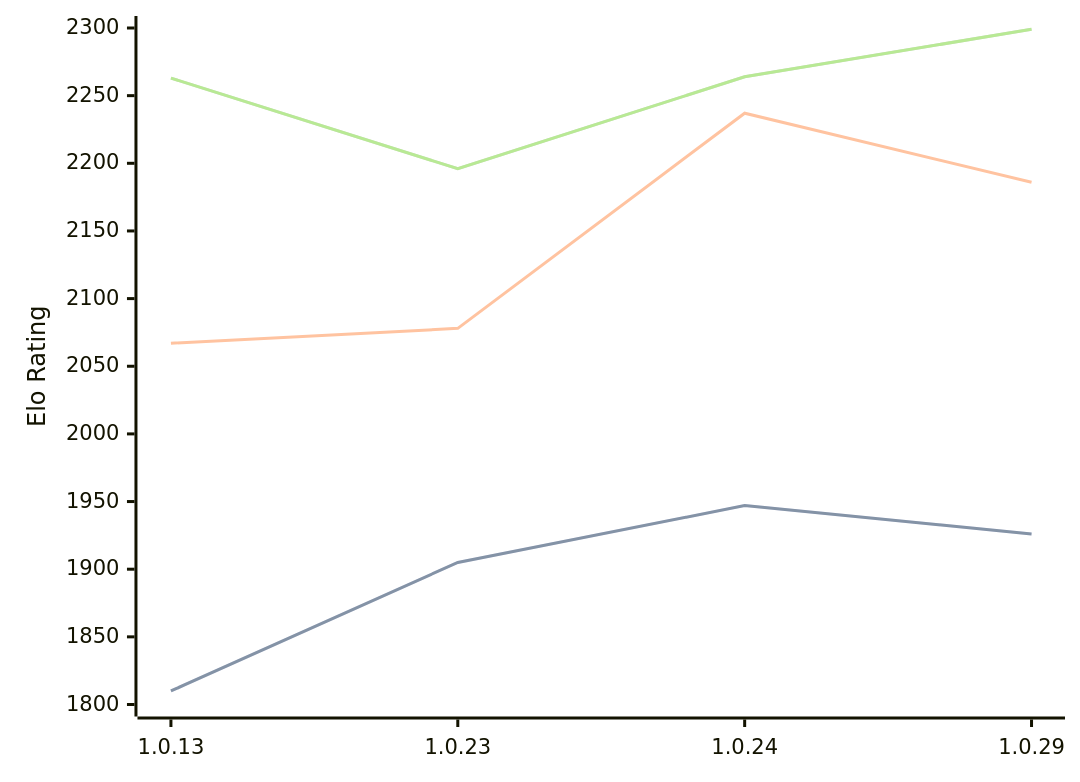
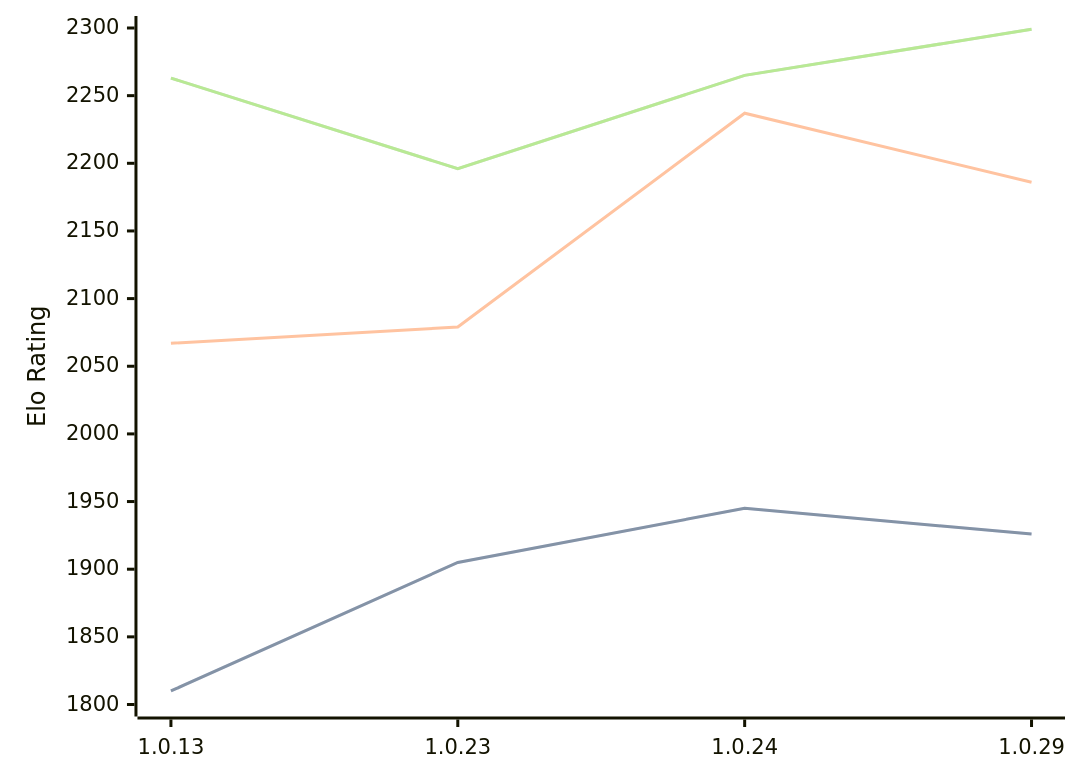
Before and after one commit to computer-chess-index/cci: the diagram in engines/RustyRival.md, drawn with Mermaid. The commit also changed other lines of this file, not shown here.

Commit message:
Update CCI Ratings (ELO VLTC) - 2026-03-26

````diff
--- a/engines/RustyRival.md
+++ b/engines/RustyRival.md
@@ -62,11 +62,11 @@
 ```mermaid
 %%{init: {"theme":"base","themeVariables":{"seriesColors:['#a3a3a3','#222221','#faa371']}}}%%
 xychart-beta
   x-axis ["1.0.13", "1.0.23", "1.0.24", "1.0.29"]
   y-axis "Elo Rating" 1800 --> 2300
-  line "STC (8.0+0.08s)" [1810, 1905, 1947, 1926]
-  line "STC (8.0+0.08s)" [1810, 1905, 1947, 1926]
-  line "LTC (60.0+0.60s)" [2067, 2078, 2237, 2186]
-  line "VLTC (2m24s+1.12s)" [2263, 2196, 2264, 2299]
-  line "VLTC (2m24s+1.12s)" [2263, 2196, 2264, 2299]
+  line "STC (8.0+0.08s)" [1810, 1905, 1945, 1926]
+  line "STC (8.0+0.08s)" [1810, 1905, 1945, 1926]
+  line "LTC (60.0+0.60s)" [2067, 2079, 2237, 2186]
+  line "VLTC (2m24s+1.12s)" [2263, 2196, 2265, 2299]
+  line "VLTC (2m24s+1.12s)" [2263, 2196, 2265, 2299]
 ```
````
